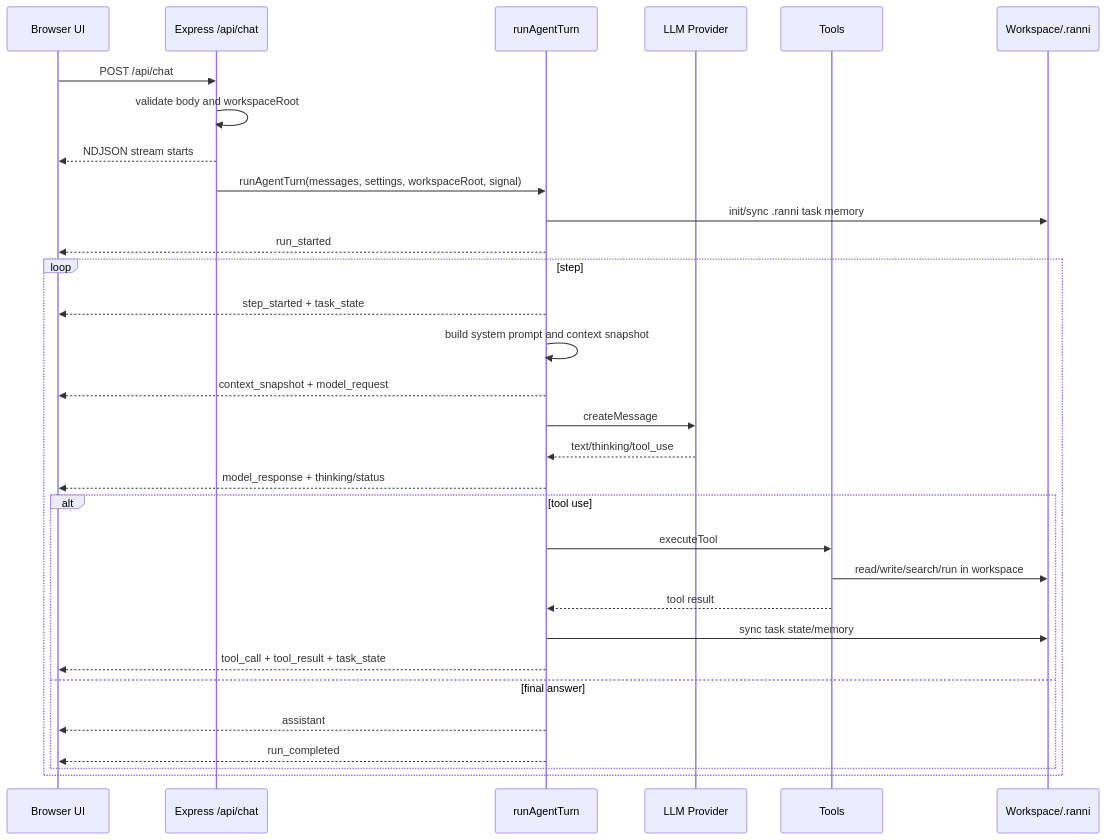
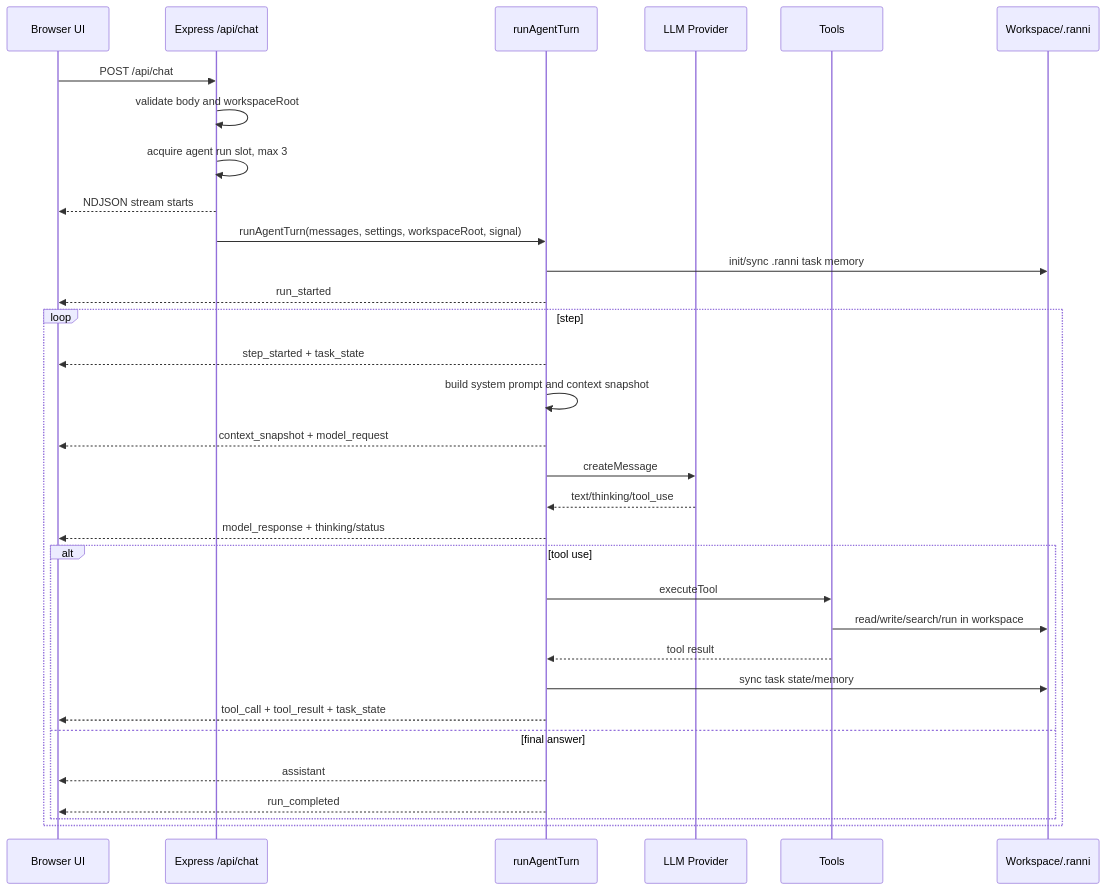
The second of 2 diagrams in docs/runtime-architecture.md (Carri1Sun/Ranni), drawn with Mermaid before and after one commit. The commit also changed other lines of this file and 8 other files, not shown here.

````diff
--- a/docs/runtime-architecture.md
+++ b/docs/runtime-architecture.md
@@ -39,34 +39,35 @@
 ```mermaid
 sequenceDiagram
   participant UI as Browser UI
   participant API as Express /api/chat
   participant Agent as runAgentTurn
   participant Model as LLM Provider
   participant Tool as Tools
   participant FS as Workspace/.ranni
 
   UI->>API: POST /api/chat
   API->>API: validate body and workspaceRoot
+  API->>API: acquire agent run slot, max 3
   API-->>UI: NDJSON stream starts
   API->>Agent: runAgentTurn(messages, settings, workspaceRoot, signal)
   Agent->>FS: init/sync .ranni task memory
   Agent-->>UI: run_started
   loop step
     Agent-->>UI: step_started + task_state
     Agent->>Agent: build system prompt and context snapshot
     Agent-->>UI: context_snapshot + model_request
     Agent->>Model: createMessage
     Model-->>Agent: text/thinking/tool_use
     Agent-->>UI: model_response + thinking/status
     alt tool use
       Agent->>Tool: executeTool
       Tool->>FS: read/write/search/run in workspace
       Tool-->>Agent: tool result
       Agent->>FS: sync task state/memory
       Agent-->>UI: tool_call + tool_result + task_state
     else final answer
       Agent-->>UI: assistant
       Agent-->>UI: run_completed
     end
   end
 ```
````
